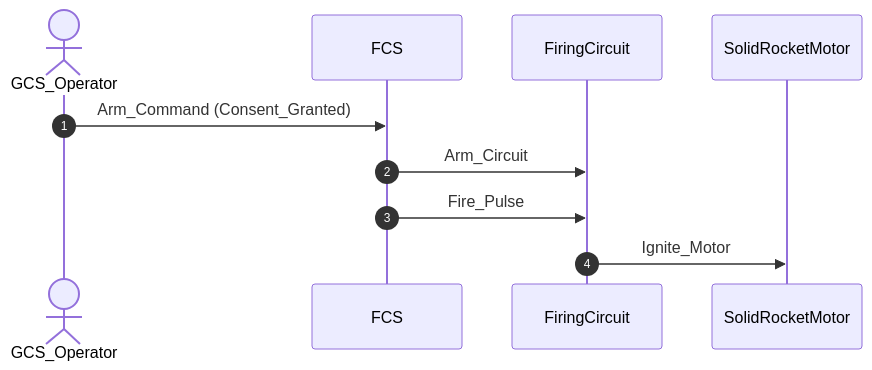
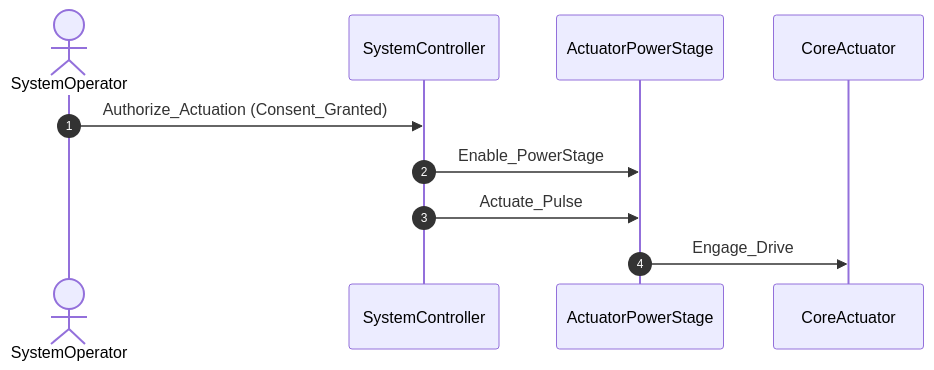
One commit to gintatkinson/DEAP01-spec-core changed the diagram in tests/fixtures/safety/hitl_arming_usecase.md. Above: the diagram before and after it, drawn with Mermaid. The commit also changed other lines of this file and 129 other files, not shown here.

````diff
--- a/tests/fixtures/safety/hitl_arming_usecase.md
+++ b/tests/fixtures/safety/hitl_arming_usecase.md
@@ -4,13 +4,13 @@
 ```mermaid
 sequenceDiagram
     autonumber
-    actor Pilot as GCS_Operator
-    participant Autopilot as FCS
-    participant SafeArm as FiringCircuit
-    participant Motor as SolidRocketMotor
+    actor Operator as SystemOperator
+    participant Controller as SystemController
+    participant PowerStage as ActuatorPowerStage
+    participant Actuator as CoreActuator
 
-    Pilot ->> Autopilot: Arm_Command (Consent_Granted)
-    Autopilot ->> SafeArm: Arm_Circuit
-    Autopilot ->> SafeArm: Fire_Pulse
-    SafeArm ->> Motor: Ignite_Motor
+    Operator ->> Controller: Authorize_Actuation (Consent_Granted)
+    Controller ->> PowerStage: Enable_PowerStage
+    Controller ->> PowerStage: Actuate_Pulse
+    PowerStage ->> Actuator: Engage_Drive
 ```
````
